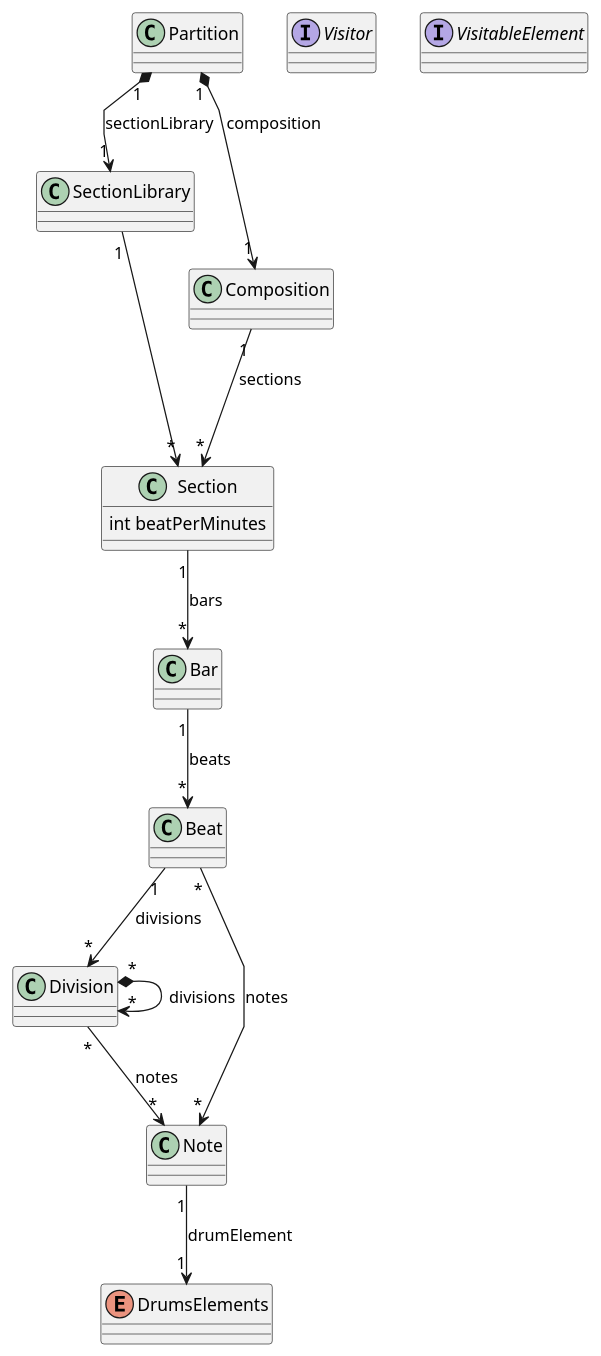
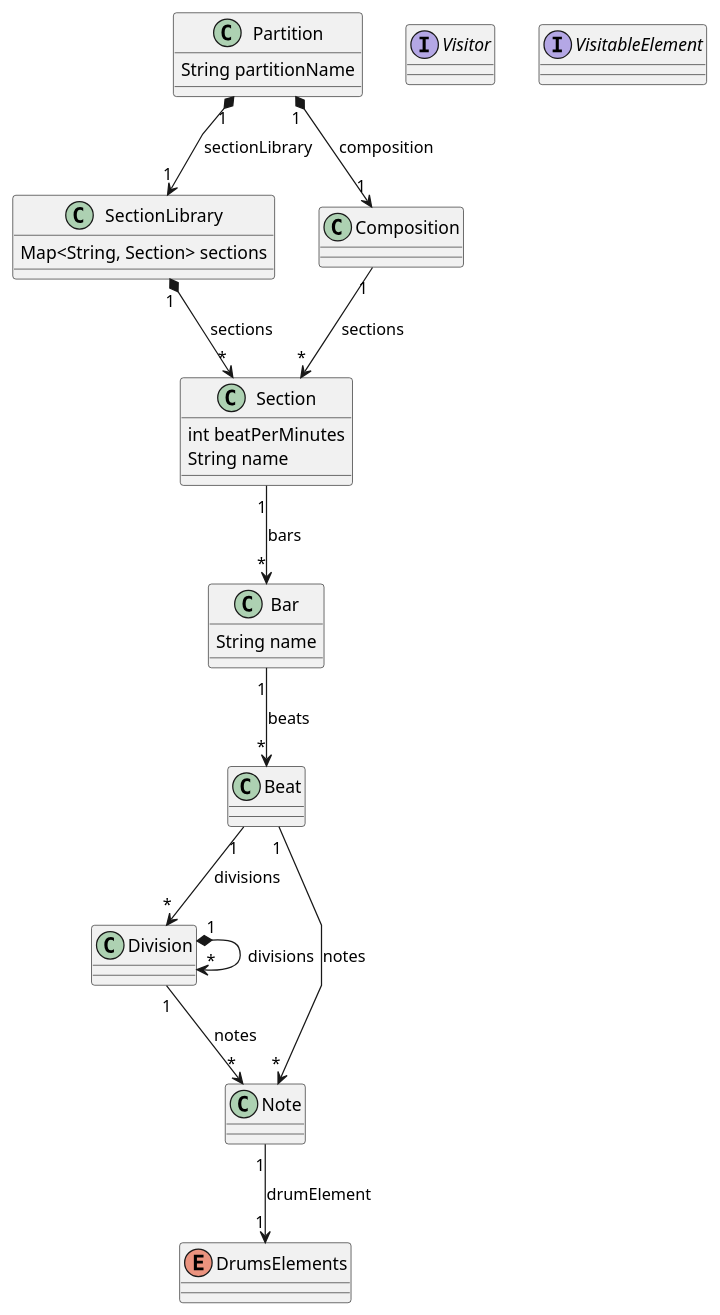
Before and after one commit to alexisgra/Rythm-ML: the diagram in kernel/kernel.plantuml, drawn with PlantUML. The commit also changed 1 other file, not shown here.

```diff
--- a/kernel/kernel.plantuml
+++ b/kernel/kernel.plantuml
@@ -1,56 +1,59 @@
 @startuml
 skinparam linetype polyline
 
 
 Interface Visitor{
 }
 Interface VisitableElement{
 }
 
 class Partition {
+String partitionName
 }
 class SectionLibrary {
-
+Map<String, Section> sections
 }
 
 ' Tracks
 class Note {
 }
 
 ' TemporalGrid
 class Composition {
 }
 class Section {
 int beatPerMinutes
+String name
 }
 class Bar {
+String name
 }
 class Beat {
 }
 class Division {
 }
 
 
 
 ' Enum Declaration
 enum DrumsElements {
 
 }
 
 ' All attributes
 
 Partition "1" *--> "1" Composition : composition
 Partition "1" *--> "1" SectionLibrary : sectionLibrary
-SectionLibrary "1" ---> "*" Section
+SectionLibrary "1" *--> "*" Section : sections
 
 ' Grid
 Composition "1" --> "*" Section : sections
 Section "1" --> "*" Bar : bars
 Bar "1" --> "*" Beat : beats
 Beat "1" --> "*" Division : divisions
-Beat "*" --> "*" Note : notes
-Division "*" *-> "*" Division : divisions
-Division "*" --> "*" Note : notes
+Beat "1" --> "*" Note : notes
+Division "1" *-> "*" Division : divisions
+Division "1" --> "*" Note : notes
 Note "1" --> "1" DrumsElements : drumElement
 
 @enduml
```
